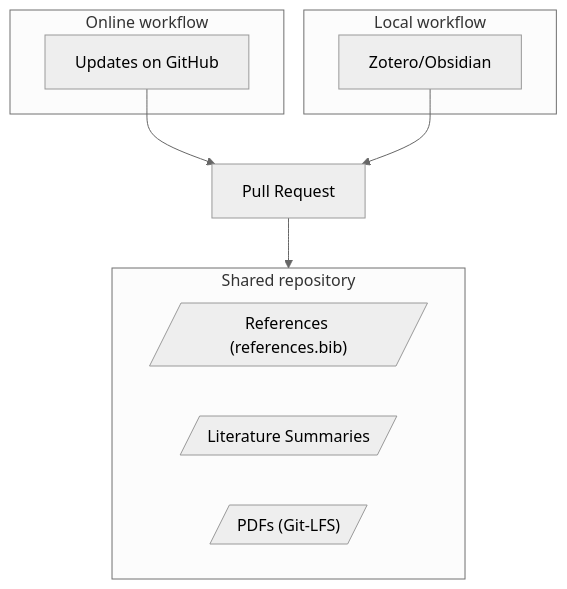
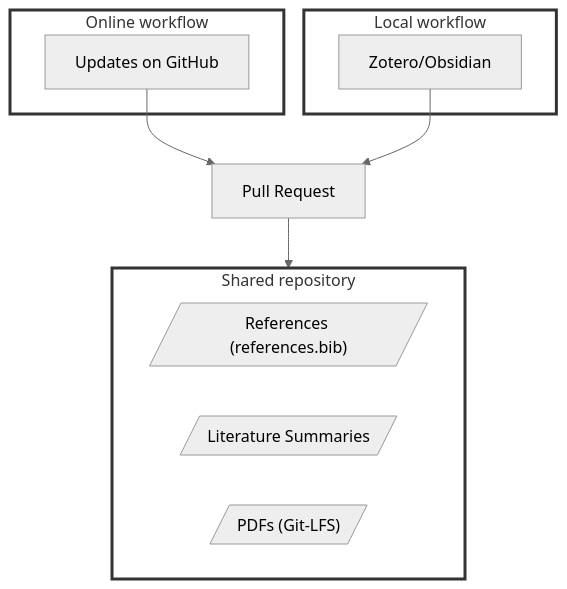
The diagram in docs/20-research/22-literature.md (digital-work-lab/handbook), drawn with Mermaid (neutral theme) before and after one commit.

````diff
--- a/docs/20-research/22-literature.md
+++ b/docs/20-research/22-literature.md
@@ -11,23 +11,27 @@
 ```mermaid
 graph TD
     subgraph SharedRepository["Shared repository"]
         direction LR
         A@{ shape: lean-r, label: "References (references.bib)" }
         B@{ shape: lean-r, label: "Literature Summaries" }
         C@{ shape: lean-r, label: "PDFs (Git-LFS)" }
     end
 
-    subgraph Local workflow
+    subgraph LocalWorkflow["Local workflow"]
         D["Zotero/Obsidian"]
     end
 
-    subgraph Online workflow
+    subgraph OnlineWorkflow["Online workflow"]
         J["Updates on GitHub"]
     end
 
     J --> E
     E[Pull Request]
     D --> E
     E --> SharedRepository
 
+    style LocalWorkflow fill:white,stroke:#333,stroke-width:3px
+    style SharedRepository fill:white,stroke:#333,stroke-width:3px
+    style OnlineWorkflow fill:white,stroke:#333,stroke-width:3px
+
 ```
````
